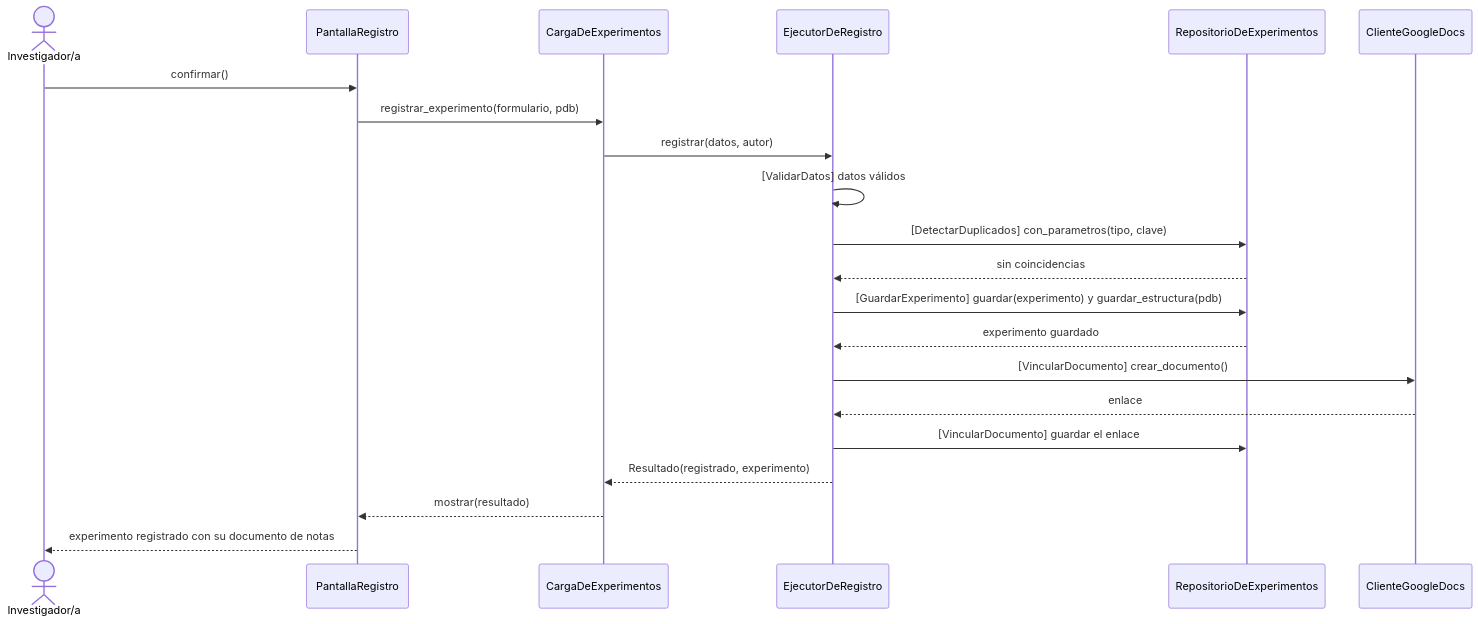
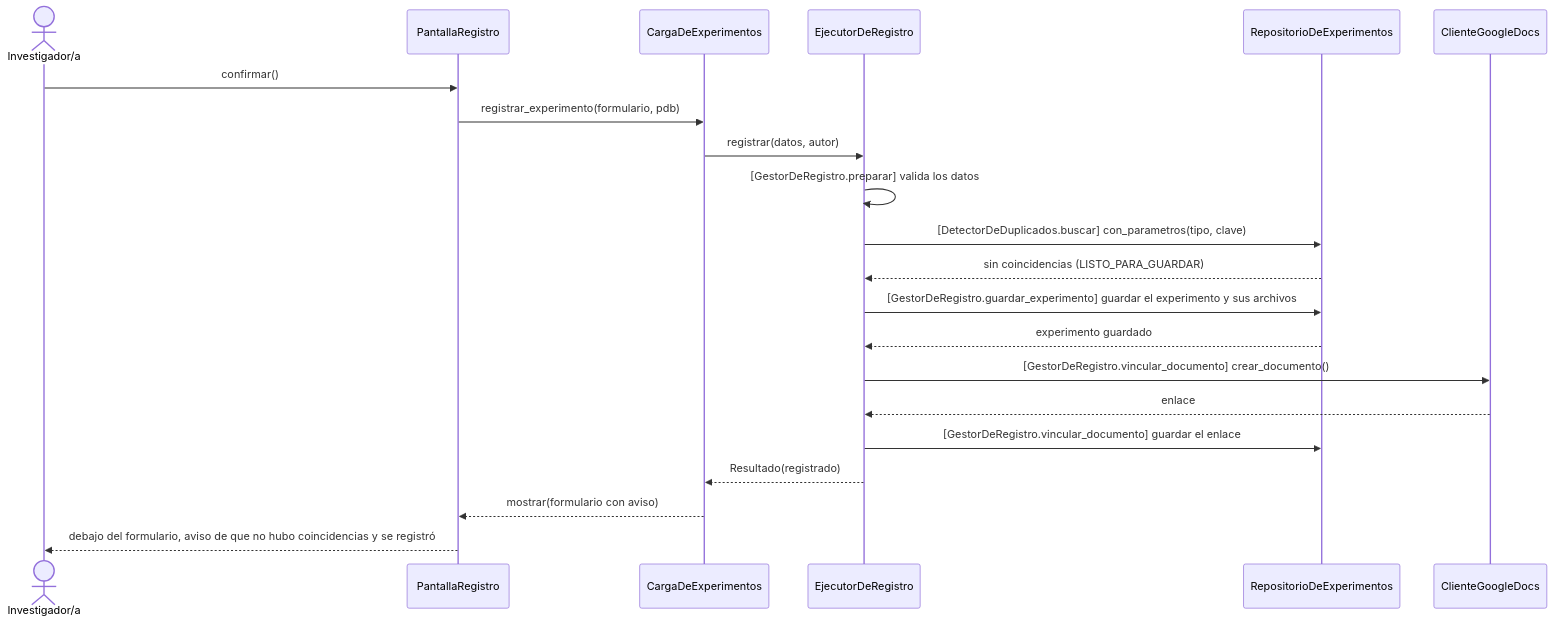
The second of 5 diagrams in docs/desing/diseno-detallado.md (LucasSegovia01/BitacoraBio-2026), drawn with Mermaid before and after one commit. The commit also changed other lines of this file, not shown here.

Commit message:
docs/desing: se sube una nueva versión del trabajo con un nuevo diagrama de clases, falta revisión de la información sobre las pruebas unitarias y covertura

````diff
--- a/docs/desing/diseno-detallado.md
+++ b/docs/desing/diseno-detallado.md
@@ -237,23 +245,23 @@
 ```mermaid
 sequenceDiagram
     actor Inv as Investigador/a
     participant PR as PantallaRegistro
     participant CE as CargaDeExperimentos
     participant E as EjecutorDeRegistro
     participant RX as RepositorioDeExperimentos
     participant CG as ClienteGoogleDocs
     Inv->>PR: confirmar()
     PR->>CE: registrar_experimento(formulario, pdb)
     CE->>E: registrar(datos, autor)
-    E->>E: [ValidarDatos] datos válidos
-    E->>RX: [DetectarDuplicados] con_parametros(tipo, clave)
-    RX-->>E: sin coincidencias
-    E->>RX: [GuardarExperimento] guardar(experimento) y guardar_estructura(pdb)
+    E->>E: [GestorDeRegistro.preparar] valida los datos
+    E->>RX: [DetectorDeDuplicados.buscar] con_parametros(tipo, clave)
+    RX-->>E: sin coincidencias (LISTO_PARA_GUARDAR)
+    E->>RX: [GestorDeRegistro.guardar_experimento] guardar el experimento y sus archivos
     RX-->>E: experimento guardado
-    E->>CG: [VincularDocumento] crear_documento()
+    E->>CG: [GestorDeRegistro.vincular_documento] crear_documento()
     CG-->>E: enlace
-    E->>RX: [VincularDocumento] guardar el enlace
-    E-->>CE: Resultado(registrado, experimento)
-    CE-->>PR: mostrar(resultado)
-    PR-->>Inv: experimento registrado con su documento de notas
+    E->>RX: [GestorDeRegistro.vincular_documento] guardar el enlace
+    E-->>CE: Resultado(registrado)
+    CE-->>PR: mostrar(formulario con aviso)
+    PR-->>Inv: debajo del formulario, aviso de que no hubo coincidencias y se registró
 ```
````
